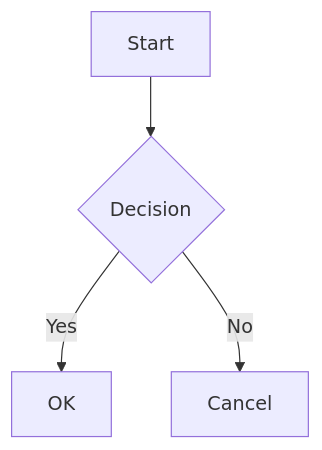
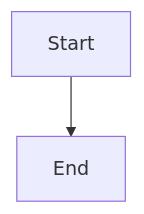
One commit to vlaina-labs/docship changed the first of 2 diagrams in test/test-codeblocks.md. Above: the diagram before and after it, drawn with Mermaid. The commit also changed other lines of this file and 20 other files, not shown here.

````diff
--- a/test/test-codeblocks.md
+++ b/test/test-codeblocks.md
@@ -11,6 +25,4 @@
 ```mermaid
 graph TD
-    A[Start] --> B{Decision}
-    B -->|Yes| C[OK]
-    B -->|No| D[Cancel]
+    A[Start] --> B[End]
 ```
````
